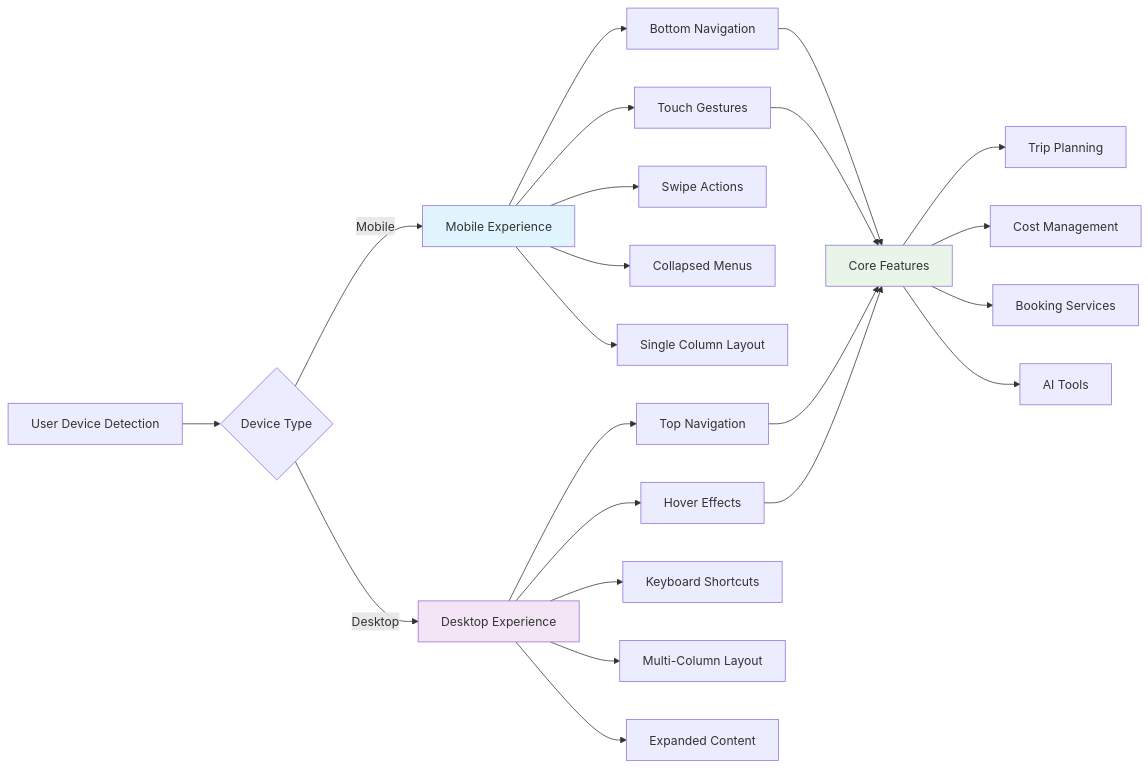
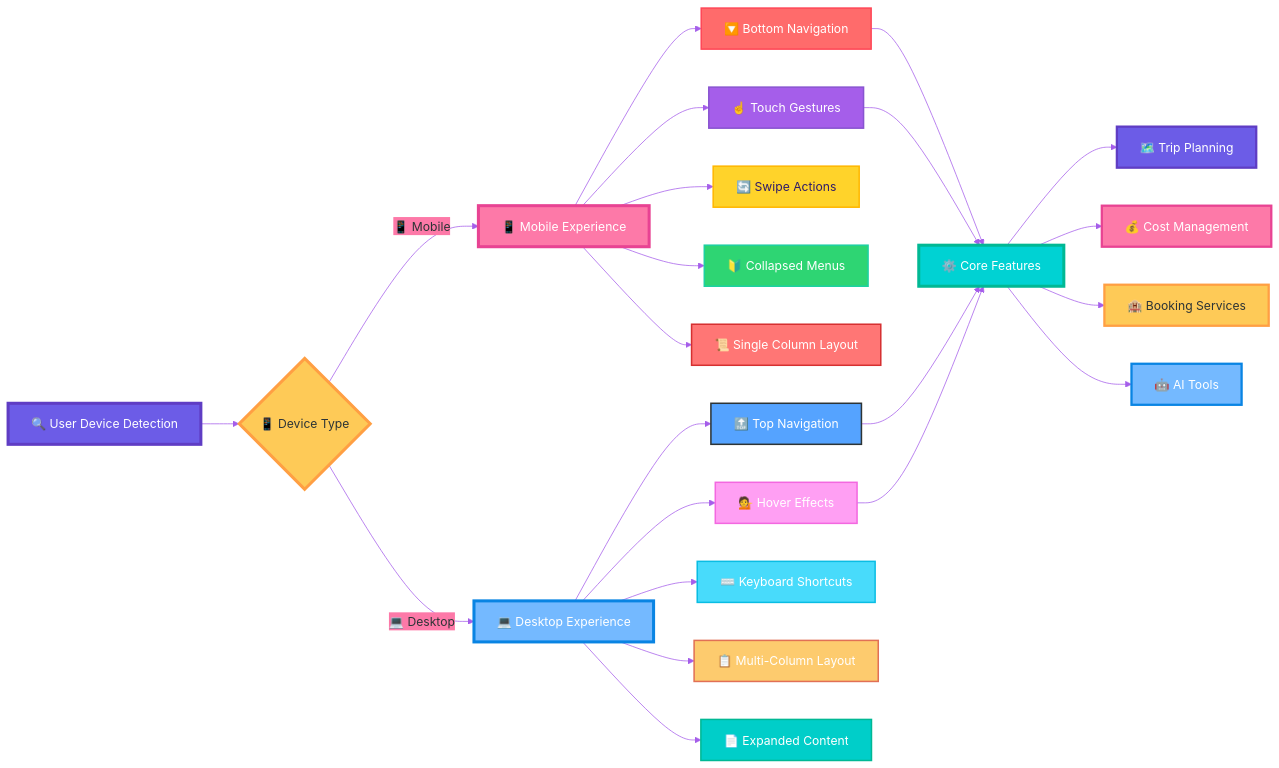
Before and after one commit to shihabsararrafid/budget-travel: the seventh of 15 diagrams in budget-travel/MERMAID_UI_UX_FLOWS.md, drawn with Mermaid. The commit also changed other lines of this file, not shown here.

Commit message:
Implement feature X to enhance user experience and fix bug Y in module Z

````diff
--- a/budget-travel/MERMAID_UI_UX_FLOWS.md
+++ b/budget-travel/MERMAID_UI_UX_FLOWS.md
@@ -266,33 +416,53 @@
 ```mermaid
+%%{init: {'theme':'base', 'themeVariables': { 'primaryColor': '#feca57', 'primaryTextColor': '#2d3436', 'primaryBorderColor': '#ff9f43', 'lineColor': '#a55eea', 'secondaryColor': '#fd79a8', 'tertiaryColor': '#00d2d3'}}}%%
 flowchart LR
-    A[User Device Detection] --> B{Device Type}
+    A["🔍 User Device Detection"] --> B{"📱 Device Type"}
     
-    B -->|Mobile| C[Mobile Experience]
-    B -->|Desktop| D[Desktop Experience]
+    B -->|"📱 Mobile"| C["📱 Mobile Experience"]
+    B -->|"💻 Desktop"| D["💻 Desktop Experience"]
     
-    C --> C1[Bottom Navigation]
-    C --> C2[Touch Gestures]
-    C --> C3[Swipe Actions]
-    C --> C4[Collapsed Menus]
-    C --> C5[Single Column Layout]
+    C --> C1["🔽 Bottom Navigation"]
+    C --> C2["☝️ Touch Gestures"]
+    C --> C3["🔄 Swipe Actions"]
+    C --> C4["🔰 Collapsed Menus"]
+    C --> C5["📜 Single Column Layout"]
     
-    D --> D1[Top Navigation]
-    D --> D2[Hover Effects]
-    D --> D3[Keyboard Shortcuts]
-    D --> D4[Multi-Column Layout]
-    D --> D5[Expanded Content]
+    D --> D1["🔝 Top Navigation"]
+    D --> D2["💁 Hover Effects"]
+    D --> D3["⌨️ Keyboard Shortcuts"]
+    D --> D4["📋 Multi-Column Layout"]
+    D --> D5["📄 Expanded Content"]
     
-    C1 --> E[Core Features]
+    C1 --> E["⚙️ Core Features"]
     C2 --> E
     D1 --> E
     D2 --> E
     
-    E --> F[Trip Planning]
-    E --> G[Cost Management]
-    E --> H[Booking Services]
-    E --> I[AI Tools]
+    E --> F["🗺️ Trip Planning"]
+    E --> G["💰 Cost Management"]
+    E --> H["🏨 Booking Services"]
+    E --> I["🤖 AI Tools"]
     
-    style C fill:#e1f5fe
-    style D fill:#f3e5f5
-    style E fill:#e8f5e8
+    style A fill:#6c5ce7,stroke:#5f3dc4,stroke-width:4px,color:#fff
+    style B fill:#feca57,stroke:#ff9f43,stroke-width:4px,color:#2d3436
+    style C fill:#fd79a8,stroke:#e84393,stroke-width:4px,color:#fff
+    style D fill:#74b9ff,stroke:#0984e3,stroke-width:4px,color:#fff
+    style E fill:#00d2d3,stroke:#00b894,stroke-width:4px,color:#fff
+    
+    style C1 fill:#ff6b6b,stroke:#ff4757,stroke-width:2px,color:#fff
+    style C2 fill:#a55eea,stroke:#8854d0,stroke-width:2px,color:#fff
+    style C3 fill:#ffd32a,stroke:#ffb700,stroke-width:2px,color:#2f1b69
+    style C4 fill:#2ed573,stroke:#1dd1a1,stroke-width:2px,color:#fff
+    style C5 fill:#ff7675,stroke:#d63031,stroke-width:2px,color:#fff
+    
+    style D1 fill:#55a3ff,stroke:#2d3436,stroke-width:2px,color:#fff
+    style D2 fill:#ff9ff3,stroke:#f368e0,stroke-width:2px,color:#fff
+    style D3 fill:#48dbfb,stroke:#0abde3,stroke-width:2px,color:#fff
+    style D4 fill:#fdcb6e,stroke:#e17055,stroke-width:2px,color:#fff
+    style D5 fill:#00cec9,stroke:#00b894,stroke-width:2px,color:#fff
+    
+    style F fill:#6c5ce7,stroke:#5f3dc4,stroke-width:3px,color:#fff
+    style G fill:#fd79a8,stroke:#e84393,stroke-width:3px,color:#fff
+    style H fill:#feca57,stroke:#ff9f43,stroke-width:3px,color:#2d3436
+    style I fill:#74b9ff,stroke:#0984e3,stroke-width:3px,color:#fff
 ```
````
